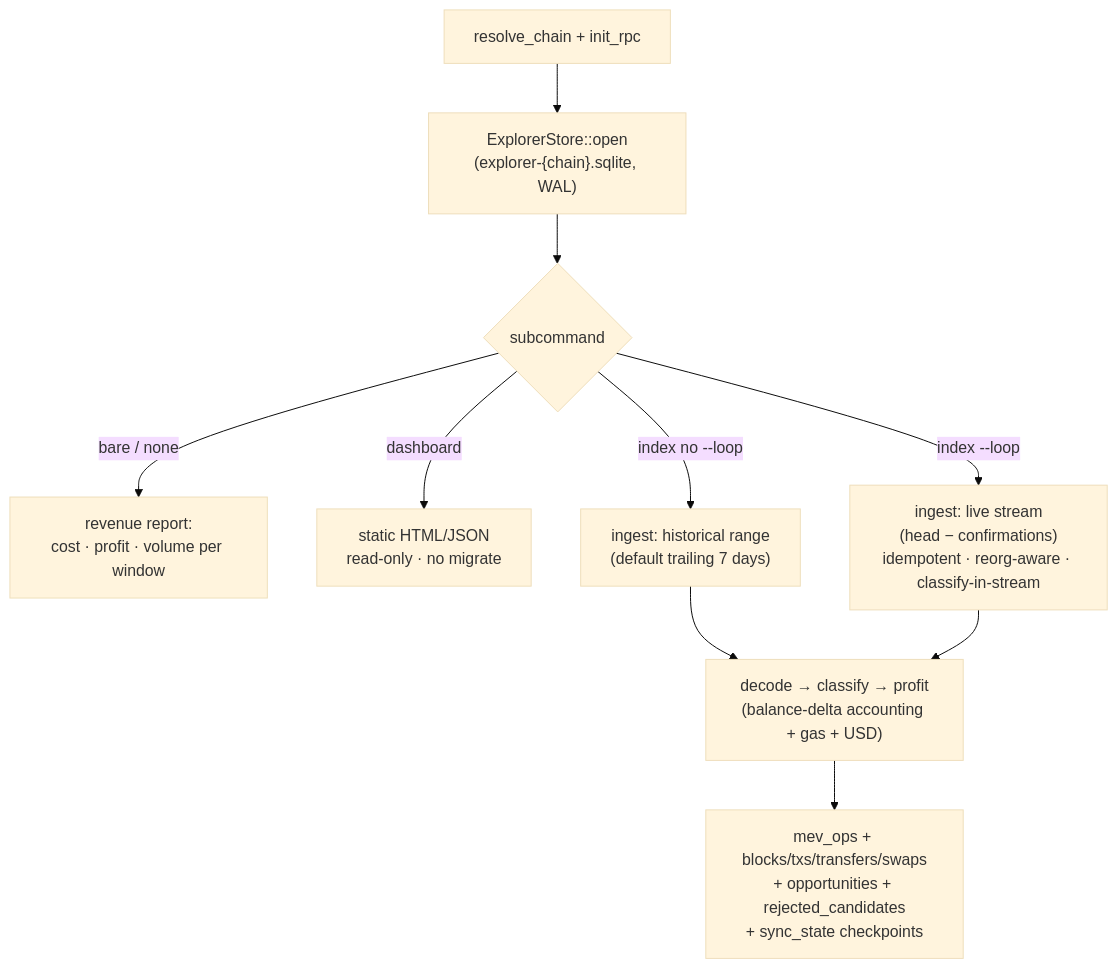
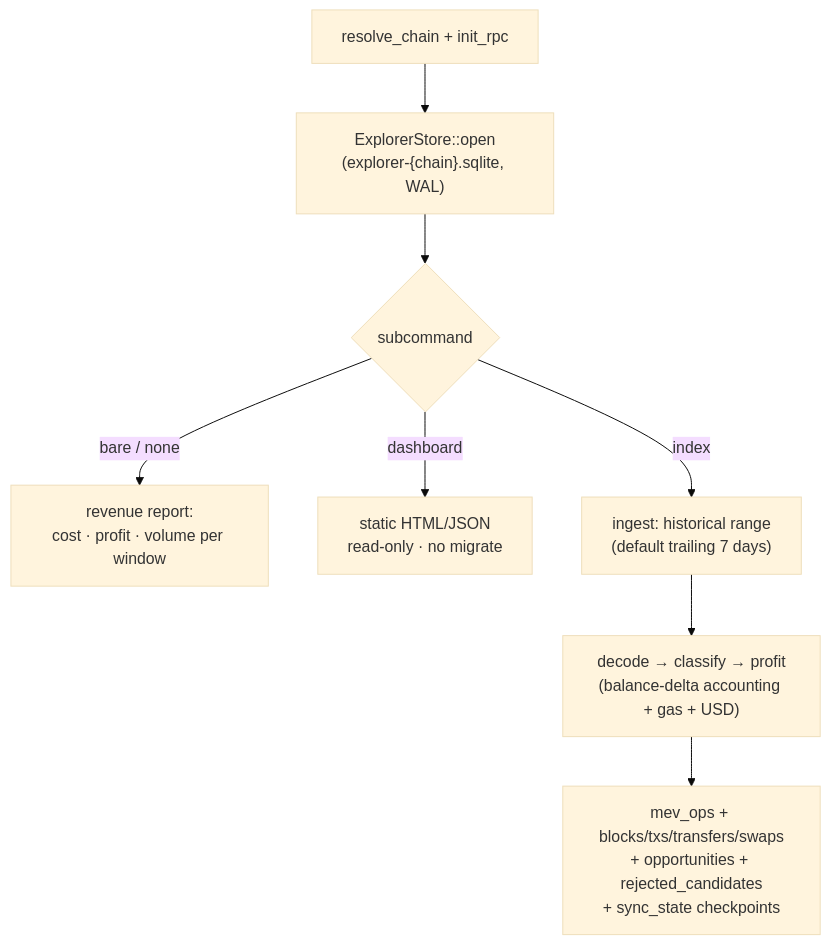
One commit to moha-moradi/mev-scout changed the eighth of 9 diagrams in docs/CLI.md. Above: the diagram before and after it, drawn with Mermaid (base theme). The commit also changed other lines of this file and 16 other files, not shown here.

First line of the commit message:
refactor(cli): update explorer index command to support hours and days for historical backfill

````diff
--- a/docs/CLI.md
+++ b/docs/CLI.md
@@ -400,12 +399,10 @@
 ```mermaid
 flowchart TB
     A["resolve_chain + init_rpc"] --> B["ExplorerStore::open<br/>(explorer-{chain}.sqlite, WAL)"]
     B --> C{"subcommand"}
     C -- "bare / none" --> R["revenue report:<br/>cost · profit · volume per window"]
     C -- "dashboard" --> D["static HTML/JSON<br/>read-only · no migrate"]
-    C -- "index no --loop" --> BF["ingest: historical range<br/>(default trailing 7 days)"]
-    C -- "index --loop" --> E["ingest: live stream<br/>(head − confirmations)<br/>idempotent · reorg-aware · classify-in-stream"]
+    C -- "index" --> BF["ingest: historical range<br/>(default trailing 7 days)"]
     BF --> F["decode → classify → profit<br/>(balance-delta accounting + gas + USD)"]
-    E --> F
     F --> L["mev_ops + blocks/txs/transfers/swaps<br/>+ opportunities + rejected_candidates<br/>+ sync_state checkpoints"]
 ```
````
